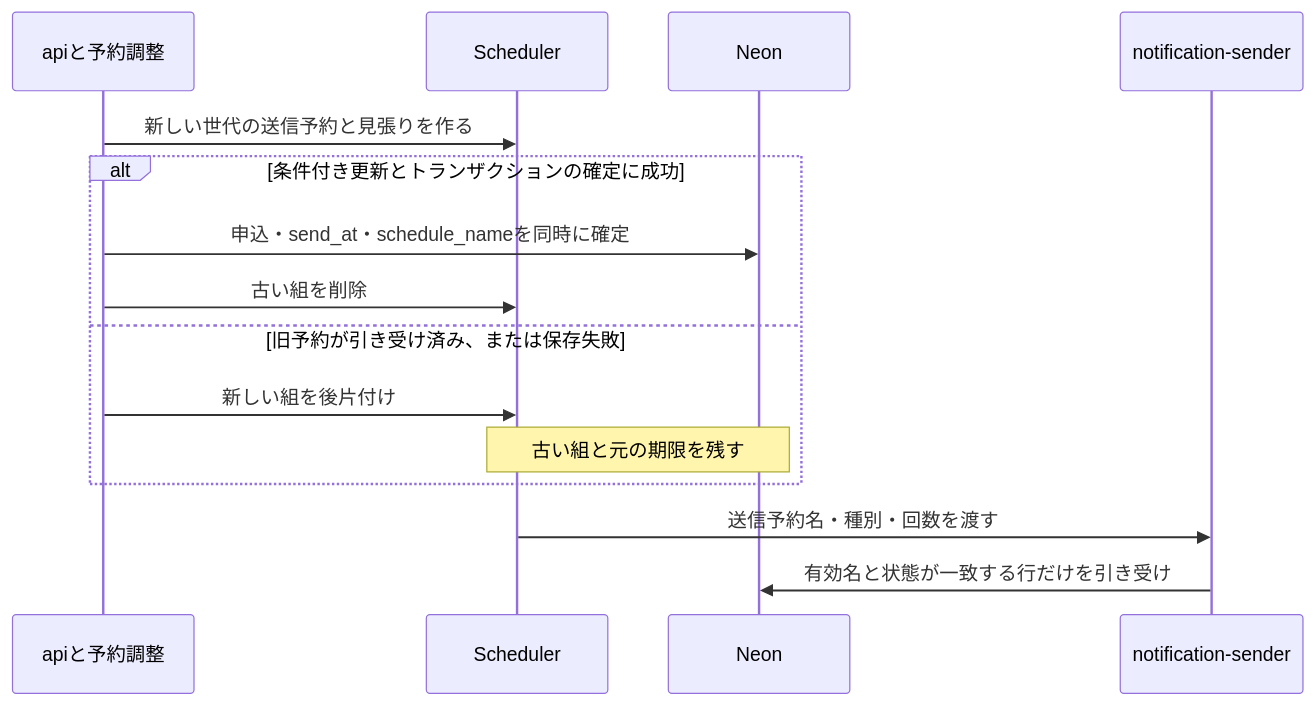
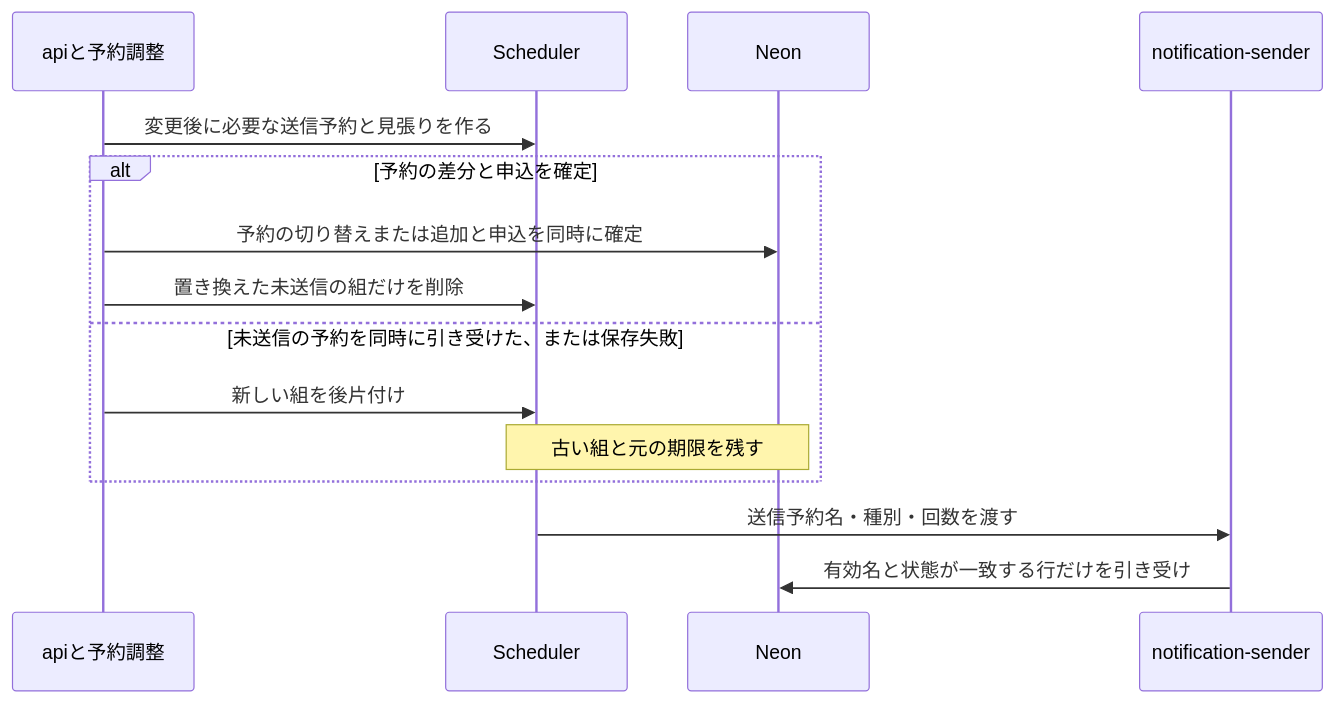
Before and after one commit to oze-xxbumpxx/yoin: the sixth of 6 diagrams in docs/designs/first-slice.md, drawn with Mermaid. The commit also changed other lines of this file and 2 other files, not shown here.

Commit message:
入金期限の変更で送信済みの通知を作り直せるようにする

````diff
--- a/docs/designs/first-slice.md
+++ b/docs/designs/first-slice.md
@@ -183,17 +183,17 @@
 ```mermaid
 sequenceDiagram
     participant A as apiと予約調整
     participant S as Scheduler
     participant D as Neon
     participant W as notification-sender
-    A->>S: 新しい世代の送信予約と見張りを作る
-    alt 条件付き更新とトランザクションの確定に成功
-        A->>D: 申込・send_at・schedule_nameを同時に確定
-        A->>S: 古い組を削除
-    else 旧予約が引き受け済み、または保存失敗
+    A->>S: 変更後に必要な送信予約と見張りを作る
+    alt 予約の差分と申込を確定
+        A->>D: 予約の切り替えまたは追加と申込を同時に確定
+        A->>S: 置き換えた未送信の組だけを削除
+    else 未送信の予約を同時に引き受けた、または保存失敗
         A->>S: 新しい組を後片付け
         Note over D,S: 古い組と元の期限を残す
     end
     S->>W: 送信予約名・種別・回数を渡す
     W->>D: 有効名と状態が一致する行だけを引き受け
 ```
````
